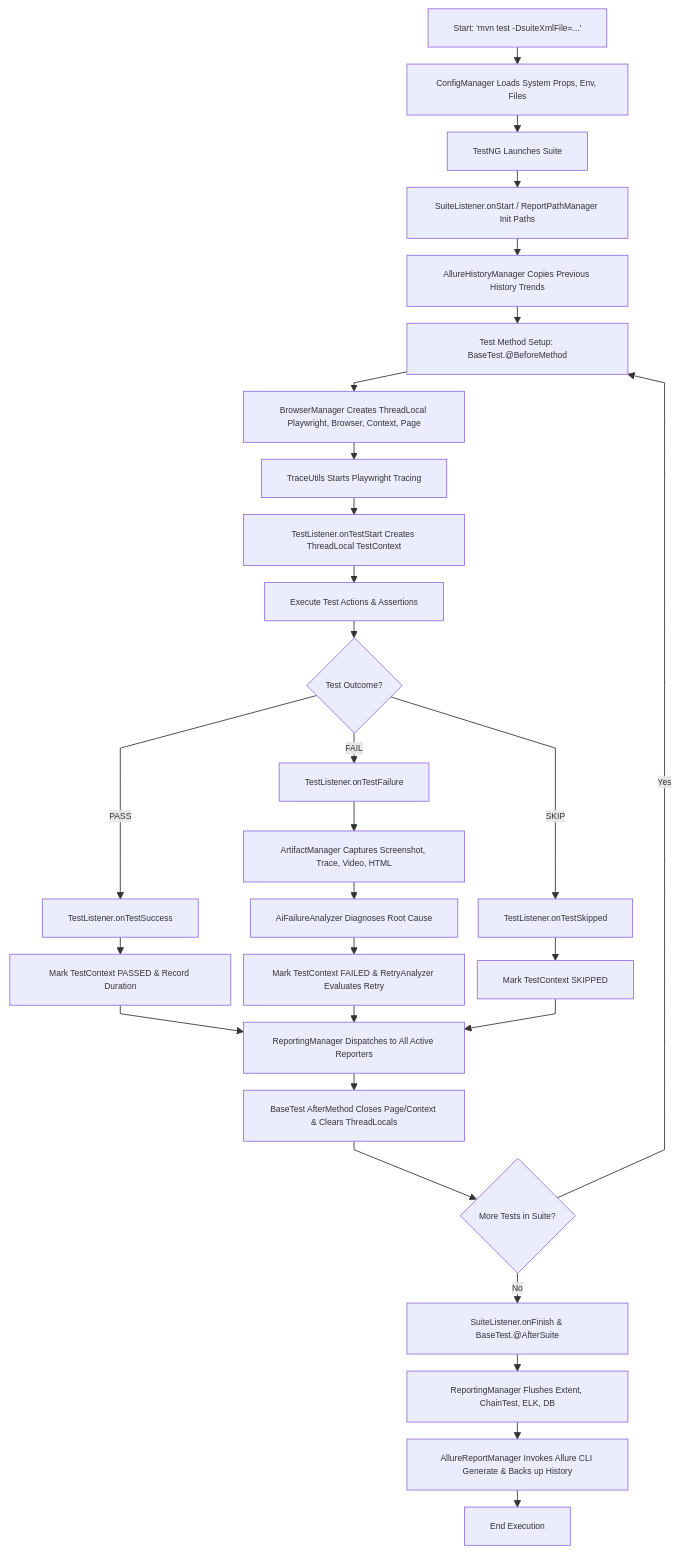
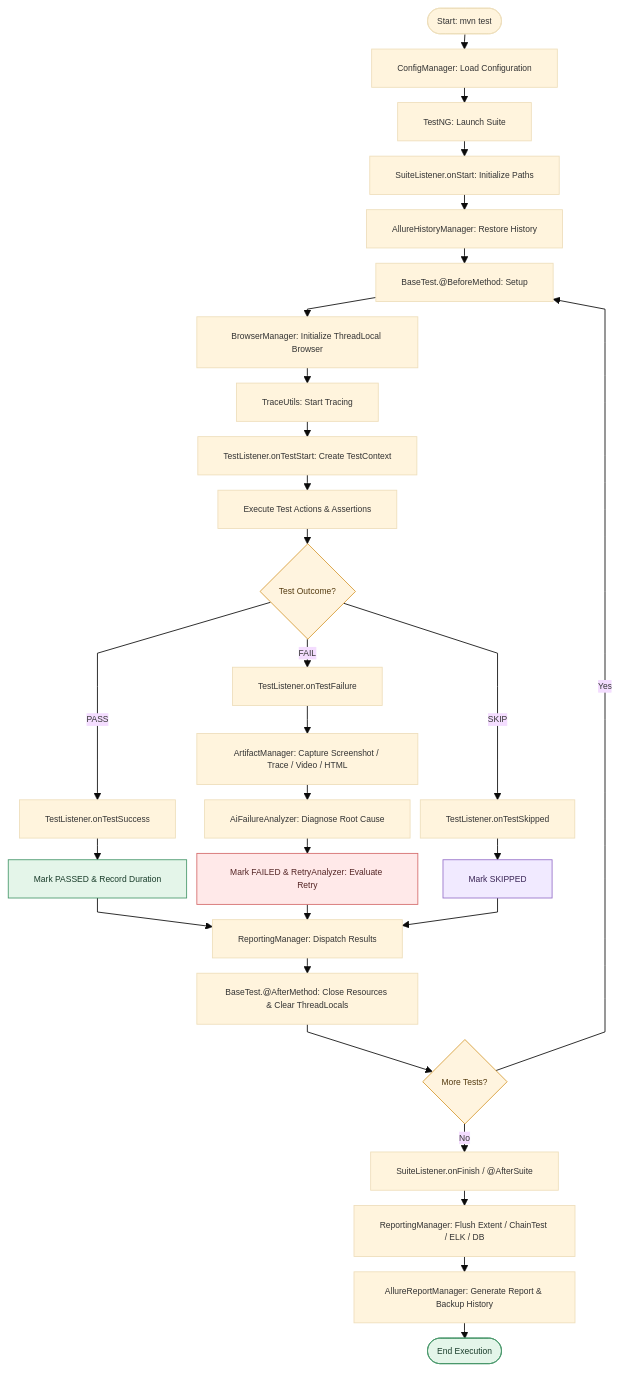
Before and after one commit to vipulsajjanwar/playwright-mcp-automation: the second of 4 diagrams in README.md, drawn with Mermaid. The commit also changed other lines of this file, not shown here.

First line of the commit message:
Revise architecture and workflow diagrams in README

````diff
--- a/README.md
+++ b/README.md
@@ -206,49 +233,60 @@
 ```mermaid
 %%{init: {
+  "theme": "base",
   "flowchart": {
-    "nodeSpacing": 15,
-    "rankSpacing": 20,
+    "nodeSpacing": 12,
+    "rankSpacing": 18,
+    "diagramPadding": 5,
     "curve": "linear",
-    "htmlLabels": true
+    "htmlLabels": true,
+    "useMaxWidth": true
   },
   "themeVariables": {
     "fontSize": "10px",
     "fontFamily": "Arial"
   }
 }}%%
 flowchart TD
-    A[Start: 'mvn test -DsuiteXmlFile=...'] --> B[ConfigManager Loads System Props, Env, Files]
-    B --> C[TestNG Launches Suite]
-    C --> D[SuiteListener.onStart / ReportPathManager Init Paths]
-    D --> E[AllureHistoryManager Copies Previous History Trends]
-    E --> F[Test Method Setup: BaseTest.@BeforeMethod]
-    F --> G[BrowserManager Creates ThreadLocal Playwright, Browser, Context, Page]
-    G --> H[TraceUtils Starts Playwright Tracing]
-    H --> I[TestListener.onTestStart Creates ThreadLocal TestContext]
-    I --> J[Execute Test Actions & Assertions]
-    
-    J --> K{Test Outcome?}
-    
-    K -- PASS --> L[TestListener.onTestSuccess]
-    L --> M[Mark TestContext PASSED & Record Duration]
-    
-    K -- FAIL --> N[TestListener.onTestFailure]
-    N --> O[ArtifactManager Captures Screenshot, Trace, Video, HTML]
-    O --> P[AiFailureAnalyzer Diagnoses Root Cause]
-    P --> Q[Mark TestContext FAILED & RetryAnalyzer Evaluates Retry]
-    
-    K -- SKIP --> R[TestListener.onTestSkipped]
-    R --> S[Mark TestContext SKIPPED]
-    
-    M --> T[ReportingManager Dispatches to All Active Reporters]
+    A(["Start: mvn test"]) --> B["ConfigManager: Load Configuration"]
+    B --> C["TestNG: Launch Suite"]
+    C --> D["SuiteListener.onStart: Initialize Paths"]
+    D --> E["AllureHistoryManager: Restore History"]
+    E --> F["BaseTest.@BeforeMethod: Setup"]
+    F --> G["BrowserManager: Initialize ThreadLocal Browser"]
+    G --> H["TraceUtils: Start Tracing"]
+    H --> I["TestListener.onTestStart: Create TestContext"]
+    I --> J["Execute Test Actions & Assertions"]
+
+    J --> K{"Test Outcome?"}
+
+    K -->|PASS| L["TestListener.onTestSuccess"]
+    L --> M["Mark PASSED & Record Duration"]
+
+    K -->|FAIL| N["TestListener.onTestFailure"]
+    N --> O["ArtifactManager: Capture Screenshot / Trace / Video / HTML"]
+    O --> P["AiFailureAnalyzer: Diagnose Root Cause"]
+    P --> Q["Mark FAILED & RetryAnalyzer: Evaluate Retry"]
+
+    K -->|SKIP| R["TestListener.onTestSkipped"]
+    R --> S["Mark SKIPPED"]
+
+    M --> T["ReportingManager: Dispatch Results"]
     Q --> T
     S --> T
-    
-    T --> U[BaseTest AfterMethod Closes Page/Context & Clears ThreadLocals]
-    U --> V{More Tests in Suite?}
-    V -- Yes --> F
-    V -- No --> W[SuiteListener.onFinish & BaseTest.@AfterSuite]
-    W --> X[ReportingManager Flushes Extent, ChainTest, ELK, DB]
-    X --> Y[AllureReportManager Invokes Allure CLI Generate & Backs up History]
-    Y --> Z[End Execution]
+
+    T --> U["BaseTest.@AfterMethod: Close Resources & Clear ThreadLocals"]
+    U --> V{"More Tests?"}
+
+    V -->|Yes| F
+    V -->|No| W["SuiteListener.onFinish / @AfterSuite"]
+    W --> X["ReportingManager: Flush Extent / ChainTest / ELK / DB"]
+    X --> Y["AllureReportManager: Generate Report & Backup History"]
+    Y --> Z(["End Execution"])
+
+    style K fill:#fff4df,stroke:#d69b35,color:#543b10
+    style V fill:#fff4df,stroke:#d69b35,color:#543b10
+    style M fill:#e4f5e9,stroke:#47976a,color:#183b29
+    style Q fill:#ffe9e9,stroke:#d46b6b,color:#542525
+    style S fill:#f1eaff,stroke:#9671c9,color:#382354
+    style Z fill:#e4f5e9,stroke:#47976a,color:#183b29
 ```
````
